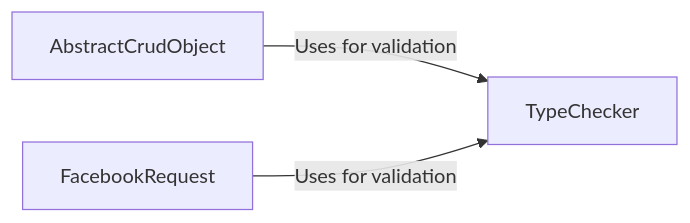
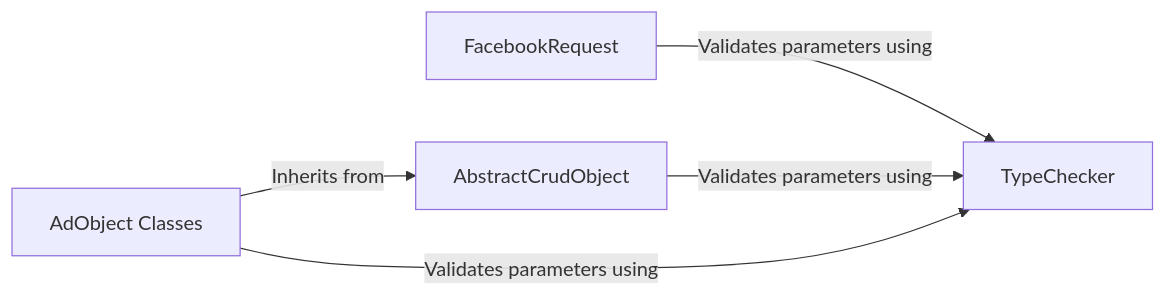
The diagram in facebook-python-business-sdk/Data Integrity.md (CodeBoarding/GeneratedOnBoardings), drawn with Mermaid before and after one commit. The commit also changed other lines of this file and 4 other files, not shown here.

````diff
--- a/facebook-python-business-sdk/Data Integrity.md
+++ b/facebook-python-business-sdk/Data Integrity.md
@@ -1,8 +1,11 @@
 ```mermaid
 graph LR
     TypeChecker["TypeChecker"]
+    FacebookRequest["FacebookRequest"]
     AbstractCrudObject["AbstractCrudObject"]
-    FacebookRequest["FacebookRequest"]
-    AbstractCrudObject -- "Uses for validation" --> TypeChecker
-    FacebookRequest -- "Uses for validation" --> TypeChecker
+    AdObject_Classes["AdObject Classes"]
+    FacebookRequest -- "Validates parameters using" --> TypeChecker
+    AbstractCrudObject -- "Validates parameters using" --> TypeChecker
+    AdObject_Classes -- "Validates parameters using" --> TypeChecker
+    AdObject_Classes -- "Inherits from" --> AbstractCrudObject
 ```
````
